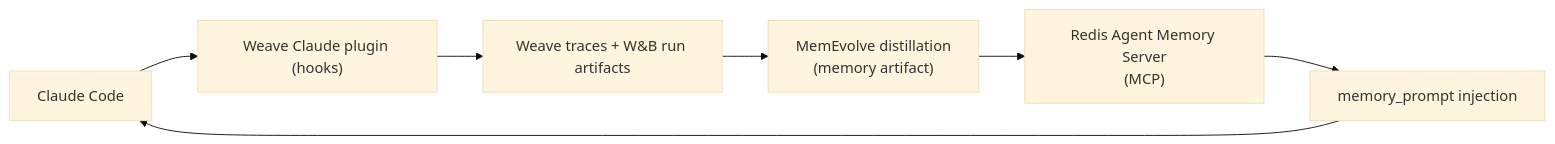
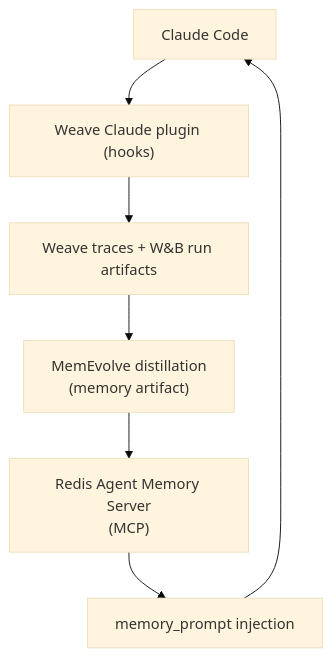
One commit to kirilligum/we-ve-been-through-this-weave-hackathon-260131 changed the diagram in README.md. Above: the diagram before and after it, drawn with Mermaid (base theme). The commit also changed 1 other file, not shown here.

Commit message:
docs: Update README and demo with W&B artifact details

````diff
--- a/README.md
+++ b/README.md
@@ -25,9 +25,9 @@
 ```mermaid
-flowchart LR
+flowchart TD
   A["Claude Code"] --> B["Weave Claude plugin (hooks)"]
   B --> C["Weave traces + W&B run artifacts"]
   C --> D["MemEvolve distillation<br/>(memory artifact)"]
   D --> E["Redis Agent Memory Server<br/>(MCP)"]
   E --> F["memory_prompt injection"]
   F --> A
 ```
````
